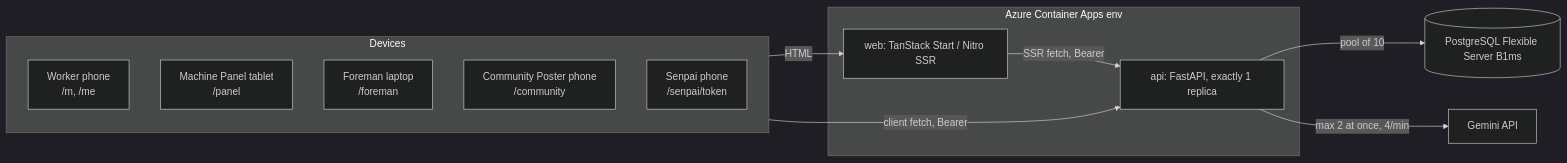
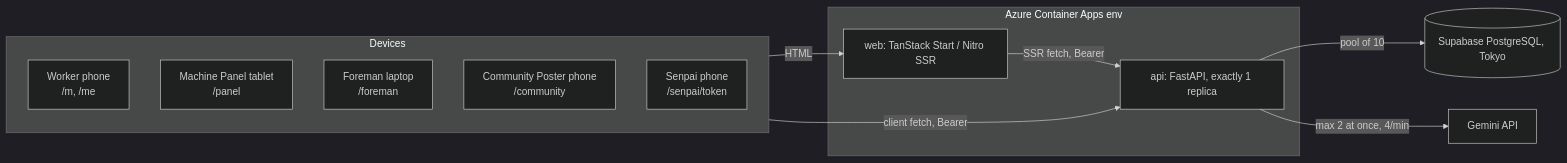
Before and after one commit to minuwu/TechTsunagu: the first of 3 diagrams in docs/BACKEND_ARCHITECTURE.md, drawn with Mermaid (dark theme). The commit also changed other lines of this file and 6 other files, not shown here.

````diff
--- a/docs/BACKEND_ARCHITECTURE.md
+++ b/docs/BACKEND_ARCHITECTURE.md
@@ -29,21 +29,21 @@
 ```mermaid
 flowchart LR
   subgraph Devices
     W[Worker phone<br/>/m, /me]
     P[Machine Panel tablet<br/>/panel]
     F[Foreman laptop<br/>/foreman]
     C[Community Poster phone<br/>/community]
     S[Senpai phone<br/>/senpai/token]
   end
   subgraph Azure Container Apps env
     WEB[web: TanStack Start / Nitro SSR]
     API[api: FastAPI, exactly 1 replica]
   end
-  DB[(PostgreSQL Flexible Server B1ms)]
+  DB[(Supabase PostgreSQL, Tokyo)]
   G[Gemini API]
   Devices -- HTML --> WEB
   WEB -- SSR fetch, Bearer --> API
   Devices -- client fetch, Bearer --> API
   API -- pool of 10 --> DB
   API -- max 2 at once, 4/min --> G
 ```
````
